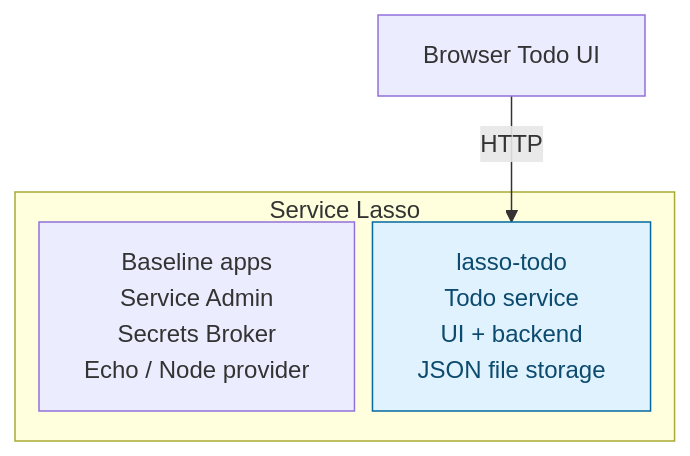
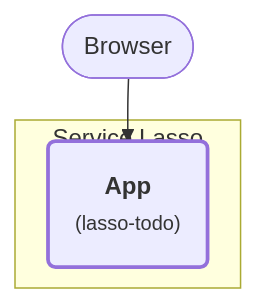
The diagram in docs/getting-started/beginner-todo-app.md (service-lasso/service-lasso), drawn with Mermaid before and after one commit. The commit also changed other lines of this file and 6 other files, not shown here.

Commit message:
docs: simplify tutorial architecture to purpose and service names

````diff
--- a/docs/getting-started/beginner-todo-app.md
+++ b/docs/getting-started/beginner-todo-app.md
@@ -20,14 +20,15 @@
 ```mermaid
-%%{init: {"flowchart": {"nodeSpacing": 12, "rankSpacing": 40}}}%%
+%%{init: {"flowchart": {"nodeSpacing": 24, "rankSpacing": 28, "padding": 18}, "themeVariables": {"fontFamily": "system-ui, sans-serif"}}}%%
 flowchart TB
-  accTitle: Stage 1: Add a managed Todo app
-  accDescr: Service Lasso manages the Todo app from stage one alongside baseline apps. Stage two adds PostgreSQL. Stage three adds a Go API between the Todo service and database. JSON storage belongs to the Todo service and is not a separate service.
-  browser["Browser Todo UI"]
+  accTitle: Stage 1: Add the App
+  accDescr: The App stores todos in its own JSON file. All application services run inside the Service Lasso boundary. Existing management and runtime services are listed in the adjacent table.
+  browser(["Browser"])
   subgraph lasso["Service Lasso"]
-    baseline["Baseline apps<br/>Service Admin<br/>Secrets Broker<br/>Echo / Node provider"]
-    todo["lasso-todo<br/>Todo service<br/>UI + backend<br/>JSON file storage"]
+    todo("<b>App</b><br/><small>(lasso-todo)</small>")
   end
-  browser -->|HTTP| todo
-  classDef added fill:#e0f2fe,stroke:#0369a1,color:#0c4a6e
+  browser --> todo
+  classDef service stroke-width:1.5px
+  classDef added stroke-width:2.5px
+  class todo service
   class todo added
 ```
````
